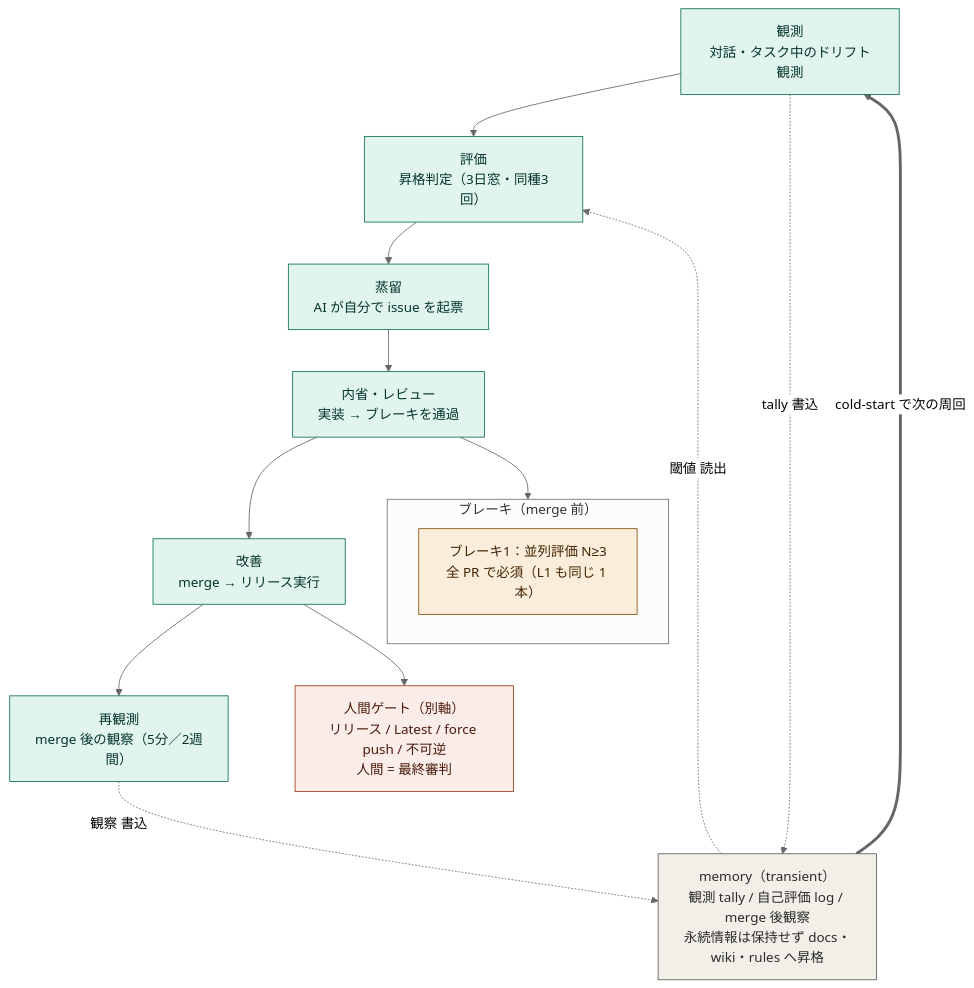
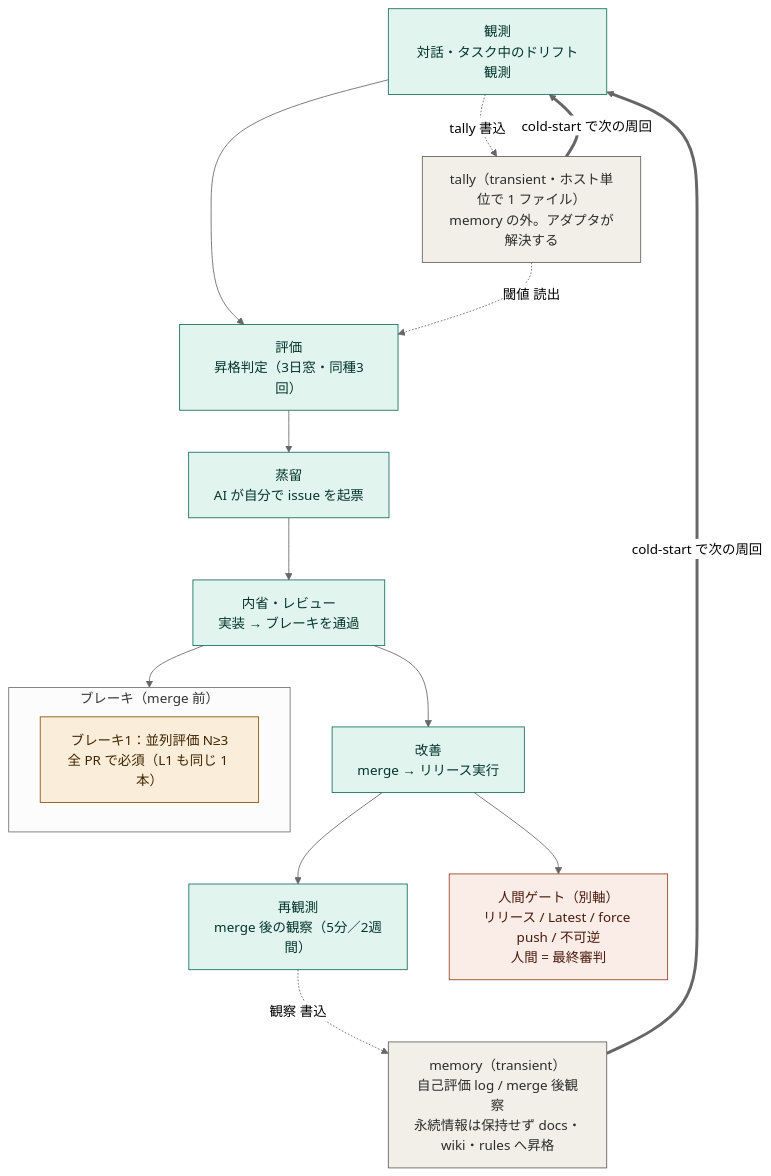
Before and after one commit to Liplus-Project/liplus-language: the diagram in docs/G.-Sheepdog-Engineering.md, drawn with Mermaid (neutral theme). The commit also changed other lines of this file and 12 other files, not shown here.

First line of the commit message:
spec(memory): resolve the promotion tally outside memory [rules, 3 hook ports, docs, tests] (#2019)

````diff
--- a/docs/G.-Sheepdog-Engineering.md
+++ b/docs/G.-Sheepdog-Engineering.md
@@ -241,33 +241,35 @@
 ```mermaid
 flowchart TD
     O["観測<br/>対話・タスク中のドリフト観測"]
     E["評価<br/>昇格判定（3日窓・同種3回）"]
     D["蒸留<br/>AI が自分で issue を起票"]
     R["内省・レビュー<br/>実装 → ブレーキを通過"]
     IM["改善<br/>merge → リリース実行"]
     RO["再観測<br/>merge 後の観察（5分／2週間）"]
-    MEM["memory（transient）<br/>観測 tally / 自己評価 log / merge 後観察<br/>永続情報は保持せず docs・wiki・rules へ昇格"]
+    MEM["memory（transient）<br/>自己評価 log / merge 後観察<br/>永続情報は保持せず docs・wiki・rules へ昇格"]
+    TLY["tally（transient・ホスト単位で 1 ファイル）<br/>memory の外。アダプタが解決する"]
 
     O --> E --> D --> R --> IM --> RO
-    O -. "tally 書込" .-> MEM
-    MEM -. "閾値 読出" .-> E
+    O -. "tally 書込" .-> TLY
+    TLY -. "閾値 読出" .-> E
     RO -. "観察 書込" .-> MEM
     MEM == "cold-start で次の周回" ==> O
+    TLY == "cold-start で次の周回" ==> O
 
     subgraph BR["ブレーキ（merge 前）"]
         B1["ブレーキ1：並列評価 N≥3<br/>全 PR で必須（L1 も同じ 1 本）"]
     end
     R --> BR
 
     H["人間ゲート（別軸）<br/>リリース / Latest / force push / 不可逆<br/>人間 = 最終審判"]
     IM --> H
 
     classDef loop fill:#E1F5EE,stroke:#0F6E56,color:#04342C;
     classDef mem fill:#F1EFE8,stroke:#5F5E5A,color:#2C2C2A;
     classDef brake fill:#FAEEDA,stroke:#854F0B,color:#412402;
     classDef human fill:#FAECE7,stroke:#993C1D,color:#4A1B0C;
     class O,E,D,R,IM,RO loop;
-    class MEM mem;
+    class MEM,TLY mem;
     class B1 brake;
     class H human;
 ```
````
